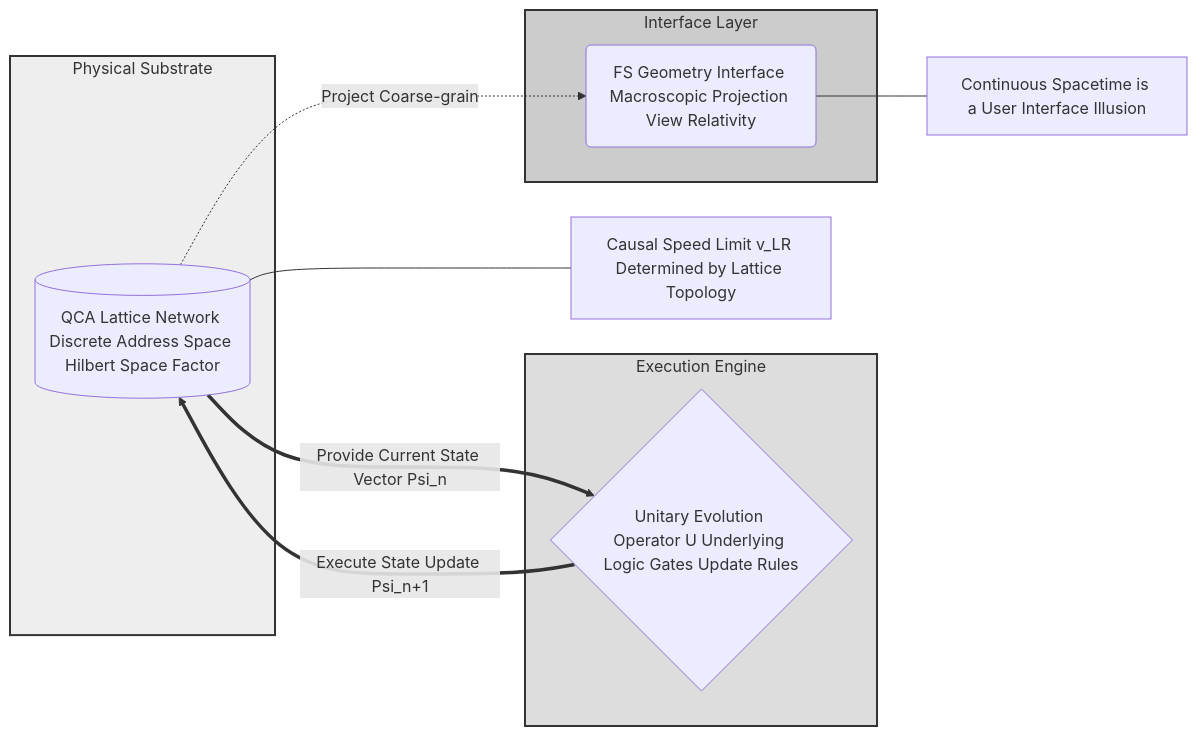
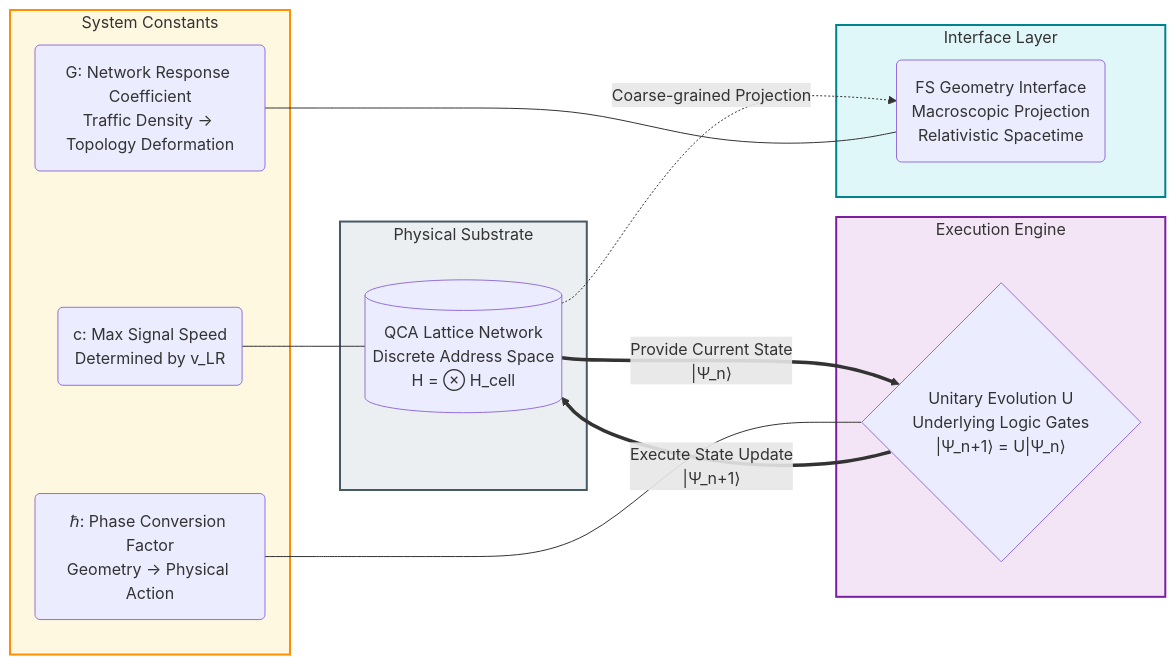
One commit to loning/the-omega changed the second of 5 diagrams in docs/books/book-matrix-source-code-of-universe/appendices/appendix-e-01-the-universe-kernel-architecture-diagram_en.md. Above: the diagram before and after it, drawn with Mermaid. The commit also changed other lines of this file and 1 other file, not shown here.

````diff
--- a/docs/books/book-matrix-source-code-of-universe/appendices/appendix-e-01-the-universe-kernel-architecture-diagram_en.md
+++ b/docs/books/book-matrix-source-code-of-universe/appendices/appendix-e-01-the-universe-kernel-architecture-diagram_en.md
@@ -139,55 +88,32 @@
 ```mermaid
 graph LR
-
     subgraph PhysicalSubstrate ["Physical Substrate"]
-
-        style PhysicalSubstrate fill:#eee,stroke:#333,stroke-width:2px
-
-        QCA_Grid[("QCA Lattice Network Discrete Address Space Hilbert Space Factor")]
-
+        style PhysicalSubstrate fill:#ECEFF1,stroke:#455A64,stroke-width:2px
+        QCA_Grid[("QCA Lattice Network<br/>Discrete Address Space<br/>H = ⊗ H_cell")]
     end
 
-
-
     subgraph ExecutionEngine ["Execution Engine"]
-
-        style ExecutionEngine fill:#ddd,stroke:#333,stroke-width:2px
-
-        UnitaryOp{"Unitary Evolution Operator U Underlying Logic Gates Update Rules"}
-
+        style ExecutionEngine fill:#F3E5F5,stroke:#7B1FA2,stroke-width:2px
+        UnitaryOp{"Unitary Evolution U<br/>Underlying Logic Gates<br/>|Ψ_n+1⟩ = U|Ψ_n⟩"}
     end
 
-
-
     subgraph InterfaceLayer ["Interface Layer"]
-
-        style InterfaceLayer fill:#ccc,stroke:#333,stroke-width:2px
-
-        FS_Geometry("FS Geometry Interface Macroscopic Projection View Relativity")
-
+        style InterfaceLayer fill:#E0F7FA,stroke:#00838F,stroke-width:2px
+        FS_Geometry("FS Geometry Interface<br/>Macroscopic Projection<br/>Relativistic Spacetime")
     end
 
+    subgraph Constants ["System Constants"]
+        style Constants fill:#FFF8E1,stroke:#FF8F00,stroke-width:2px
+        Const_c("c: Max Signal Speed<br/>Determined by v_LR")
+        Const_h("ℏ: Phase Conversion Factor<br/>Geometry → Physical Action")
+        Const_G("G: Network Response Coefficient<br/>Traffic Density → Topology Deformation")
+    end
 
+    QCA_Grid ==>|"Provide Current State<br/>|Ψ_n⟩"| UnitaryOp
+    UnitaryOp ==>|"Execute State Update<br/>|Ψ_n+1⟩"| QCA_Grid
+    QCA_Grid -.->|"Coarse-grained Projection"| FS_Geometry
 
-    %% Connections
-
-    QCA_Grid ==>|Provide Current State Vector Psi_n| UnitaryOp
-
-    UnitaryOp ==>|Execute State Update Psi_n+1| QCA_Grid
-
-    QCA_Grid -.->|Project Coarse-grain| FS_Geometry
-
-
-
-    %% Note Connections
-
-    note1[Causal Speed Limit v_LR Determined by Lattice Topology]
-
-    note2[Continuous Spacetime is a User Interface Illusion]
-
-
-
-    QCA_Grid --- note1
-
-    FS_Geometry --- note2
+    Const_c --- QCA_Grid
+    Const_h --- UnitaryOp
+    Const_G --- FS_Geometry
 ```
````
